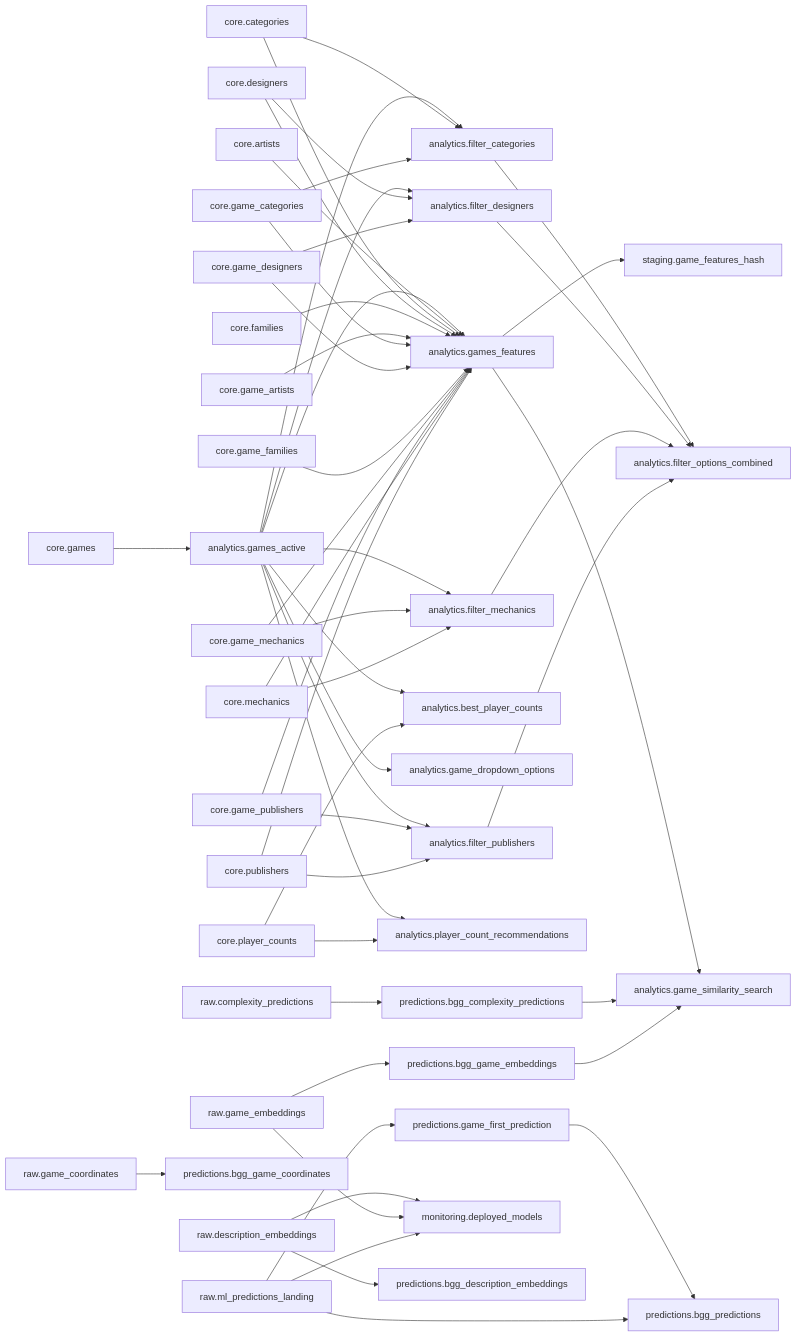
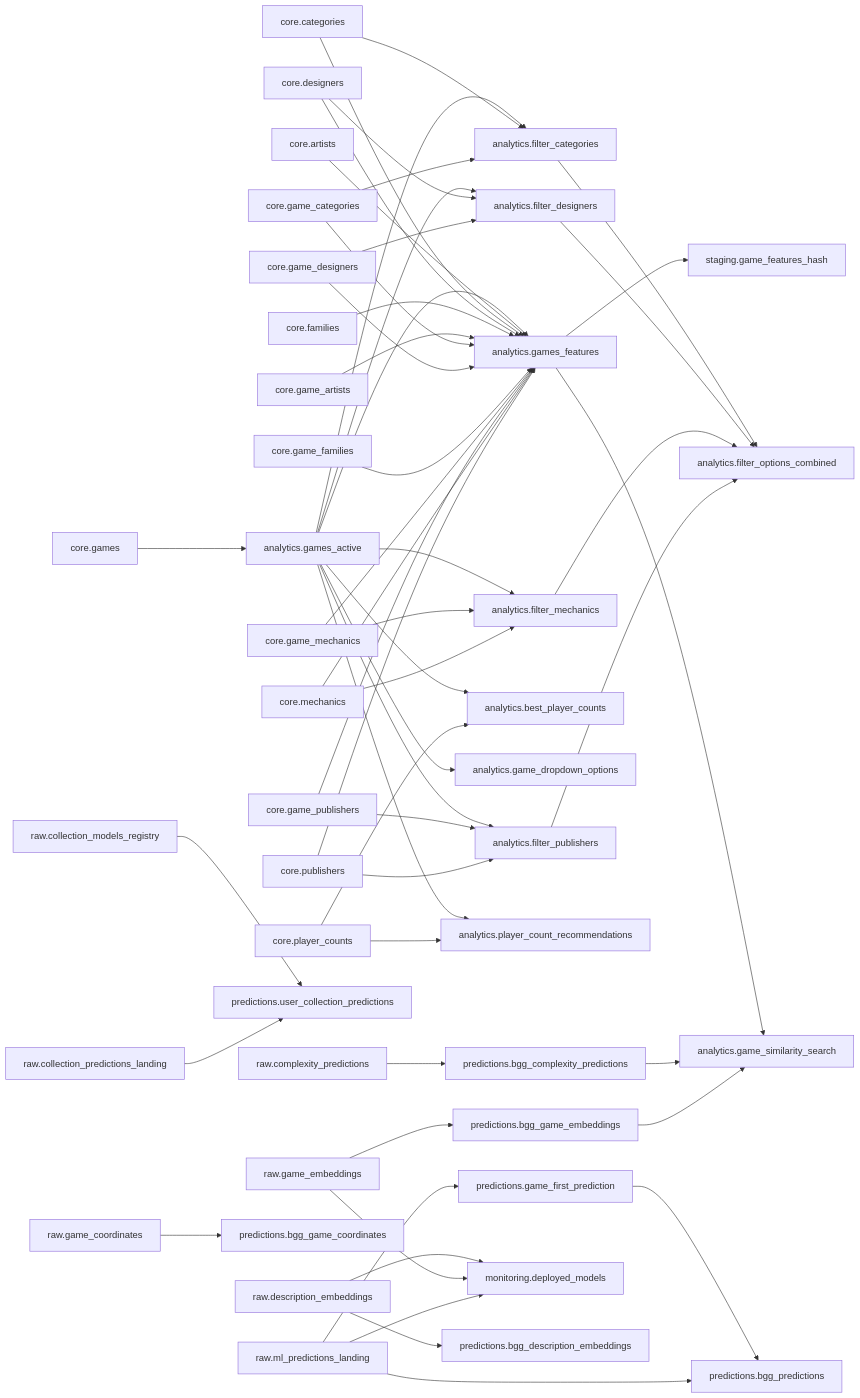
One commit to phenrickson/bgg-data-warehouse changed the diagram in docs/lineage.md. Above: the diagram before and after it, drawn with Mermaid. The commit also changed 1 other file, not shown here.

Commit message:
Update Dataform lineage diagram [skip ci]

````diff
--- a/docs/lineage.md
+++ b/docs/lineage.md
@@ -3,52 +3,54 @@
 ```mermaid
 graph LR
     analytics__filter_categories["analytics.filter_categories"] --> analytics__filter_options_combined["analytics.filter_options_combined"]
     analytics__filter_designers["analytics.filter_designers"] --> analytics__filter_options_combined["analytics.filter_options_combined"]
     analytics__filter_mechanics["analytics.filter_mechanics"] --> analytics__filter_options_combined["analytics.filter_options_combined"]
     analytics__filter_publishers["analytics.filter_publishers"] --> analytics__filter_options_combined["analytics.filter_options_combined"]
     analytics__games_active["analytics.games_active"] --> analytics__best_player_counts["analytics.best_player_counts"]
     analytics__games_active["analytics.games_active"] --> analytics__filter_categories["analytics.filter_categories"]
     analytics__games_active["analytics.games_active"] --> analytics__filter_designers["analytics.filter_designers"]
     analytics__games_active["analytics.games_active"] --> analytics__filter_mechanics["analytics.filter_mechanics"]
     analytics__games_active["analytics.games_active"] --> analytics__filter_publishers["analytics.filter_publishers"]
     analytics__games_active["analytics.games_active"] --> analytics__game_dropdown_options["analytics.game_dropdown_options"]
     analytics__games_active["analytics.games_active"] --> analytics__games_features["analytics.games_features"]
     analytics__games_active["analytics.games_active"] --> analytics__player_count_recommendations["analytics.player_count_recommendations"]
     analytics__games_features["analytics.games_features"] --> analytics__game_similarity_search["analytics.game_similarity_search"]
     analytics__games_features["analytics.games_features"] --> staging__game_features_hash["staging.game_features_hash"]
     core__artists["core.artists"] --> analytics__games_features["analytics.games_features"]
     core__categories["core.categories"] --> analytics__filter_categories["analytics.filter_categories"]
     core__categories["core.categories"] --> analytics__games_features["analytics.games_features"]
     core__designers["core.designers"] --> analytics__filter_designers["analytics.filter_designers"]
     core__designers["core.designers"] --> analytics__games_features["analytics.games_features"]
     core__families["core.families"] --> analytics__games_features["analytics.games_features"]
     core__game_artists["core.game_artists"] --> analytics__games_features["analytics.games_features"]
     core__game_categories["core.game_categories"] --> analytics__filter_categories["analytics.filter_categories"]
     core__game_categories["core.game_categories"] --> analytics__games_features["analytics.games_features"]
     core__game_designers["core.game_designers"] --> analytics__filter_designers["analytics.filter_designers"]
     core__game_designers["core.game_designers"] --> analytics__games_features["analytics.games_features"]
     core__game_families["core.game_families"] --> analytics__games_features["analytics.games_features"]
     core__game_mechanics["core.game_mechanics"] --> analytics__filter_mechanics["analytics.filter_mechanics"]
     core__game_mechanics["core.game_mechanics"] --> analytics__games_features["analytics.games_features"]
     core__game_publishers["core.game_publishers"] --> analytics__filter_publishers["analytics.filter_publishers"]
     core__game_publishers["core.game_publishers"] --> analytics__games_features["analytics.games_features"]
     core__games["core.games"] --> analytics__games_active["analytics.games_active"]
     core__mechanics["core.mechanics"] --> analytics__filter_mechanics["analytics.filter_mechanics"]
     core__mechanics["core.mechanics"] --> analytics__games_features["analytics.games_features"]
     core__player_counts["core.player_counts"] --> analytics__best_player_counts["analytics.best_player_counts"]
     core__player_counts["core.player_counts"] --> analytics__player_count_recommendations["analytics.player_count_recommendations"]
     core__publishers["core.publishers"] --> analytics__filter_publishers["analytics.filter_publishers"]
     core__publishers["core.publishers"] --> analytics__games_features["analytics.games_features"]
     predictions__bgg_complexity_predictions["predictions.bgg_complexity_predictions"] --> analytics__game_similarity_search["analytics.game_similarity_search"]
     predictions__bgg_game_embeddings["predictions.bgg_game_embeddings"] --> analytics__game_similarity_search["analytics.game_similarity_search"]
     predictions__game_first_prediction["predictions.game_first_prediction"] --> predictions__bgg_predictions["predictions.bgg_predictions"]
+    raw__collection_models_registry["raw.collection_models_registry"] --> predictions__user_collection_predictions["predictions.user_collection_predictions"]
+    raw__collection_predictions_landing["raw.collection_predictions_landing"] --> predictions__user_collection_predictions["predictions.user_collection_predictions"]
     raw__complexity_predictions["raw.complexity_predictions"] --> predictions__bgg_complexity_predictions["predictions.bgg_complexity_predictions"]
     raw__description_embeddings["raw.description_embeddings"] --> monitoring__deployed_models["monitoring.deployed_models"]
     raw__description_embeddings["raw.description_embeddings"] --> predictions__bgg_description_embeddings["predictions.bgg_description_embeddings"]
     raw__game_coordinates["raw.game_coordinates"] --> predictions__bgg_game_coordinates["predictions.bgg_game_coordinates"]
     raw__game_embeddings["raw.game_embeddings"] --> monitoring__deployed_models["monitoring.deployed_models"]
     raw__game_embeddings["raw.game_embeddings"] --> predictions__bgg_game_embeddings["predictions.bgg_game_embeddings"]
     raw__ml_predictions_landing["raw.ml_predictions_landing"] --> monitoring__deployed_models["monitoring.deployed_models"]
     raw__ml_predictions_landing["raw.ml_predictions_landing"] --> predictions__bgg_predictions["predictions.bgg_predictions"]
     raw__ml_predictions_landing["raw.ml_predictions_landing"] --> predictions__game_first_prediction["predictions.game_first_prediction"]
 ```
````
